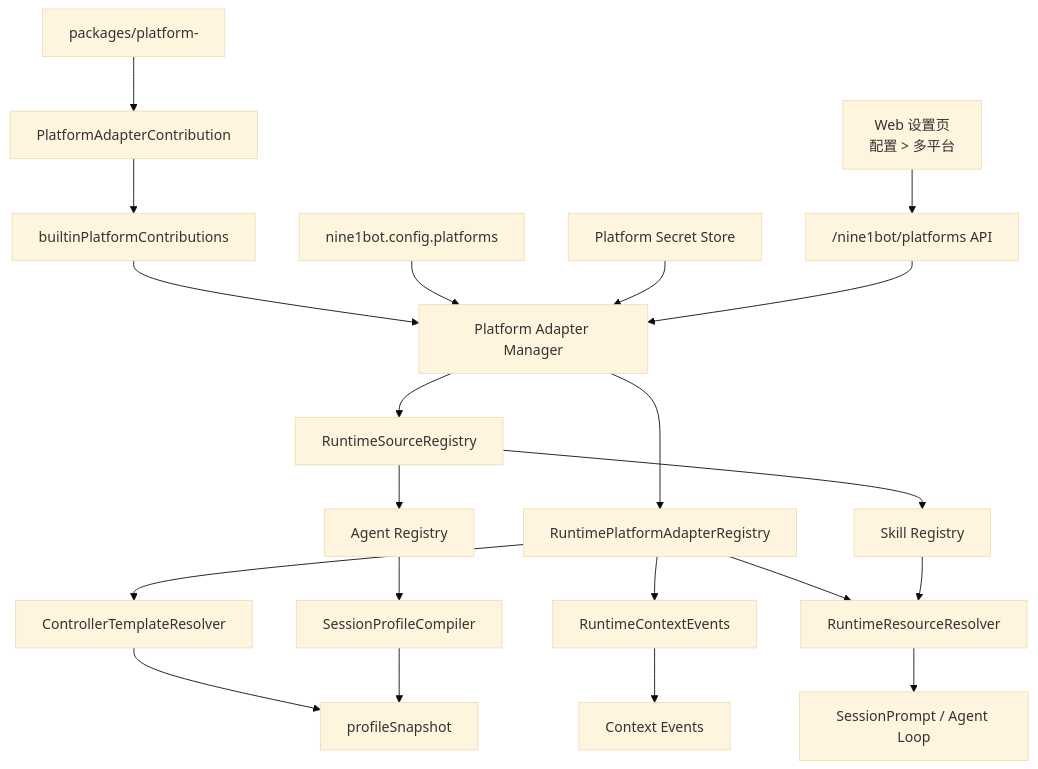
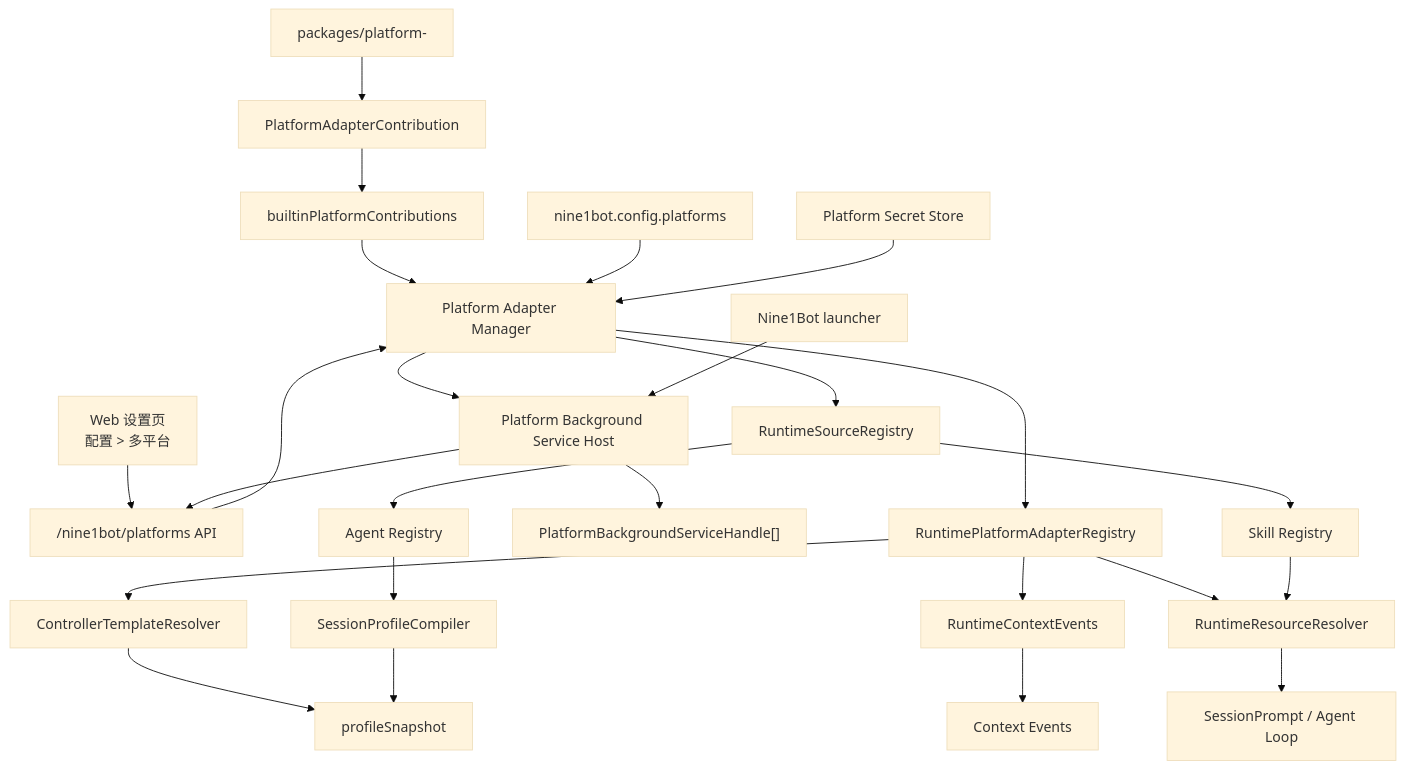
One commit to 1923213756/nine1bot changed the diagram in docs/agent-runtime-developer-guide/09-platform-adapter-development-guide.md. Above: the diagram before and after it, drawn with Mermaid (base theme). The commit also changed other lines of this file and 49 other files, not shown here.

````diff
--- a/docs/agent-runtime-developer-guide/09-platform-adapter-development-guide.md
+++ b/docs/agent-runtime-developer-guide/09-platform-adapter-development-guide.md
@@ -19,28 +20,32 @@
 ```mermaid
 flowchart TD
   PlatformPkg["packages/platform-<id>"] --> Contribution["PlatformAdapterContribution"]
   Contribution --> Builtin["builtinPlatformContributions"]
   Builtin --> Manager["Platform Adapter Manager"]
 
   Config["nine1bot.config.platforms"] --> Manager
   Secrets["Platform Secret Store"] --> Manager
   WebSettings["Web 设置页\n配置 > 多平台"] --> PlatformAPI["/nine1bot/platforms API"]
   PlatformAPI --> Manager
 
   Manager --> PlatformRegistry["RuntimePlatformAdapterRegistry"]
   Manager --> SourceRegistry["RuntimeSourceRegistry"]
+  Manager --> BackgroundHost["Platform Background Service Host"]
 
   PlatformRegistry --> TemplateResolver["ControllerTemplateResolver"]
   PlatformRegistry --> ContextEvents["RuntimeContextEvents"]
   PlatformRegistry --> ResourceResolver["RuntimeResourceResolver"]
+  BackgroundHost --> BackgroundHandles["PlatformBackgroundServiceHandle[]"]
+  Launcher["Nine1Bot launcher"] --> BackgroundHost
+  BackgroundHost --> PlatformAPI
 
   SourceRegistry --> AgentRegistry["Agent Registry"]
   SourceRegistry --> SkillRegistry["Skill Registry"]
   AgentRegistry --> ProfileCompiler["SessionProfileCompiler"]
   SkillRegistry --> ResourceResolver
 
   TemplateResolver --> Profile["profileSnapshot"]
   ProfileCompiler --> Profile
   ResourceResolver --> PromptLoop["SessionPrompt / Agent Loop"]
   ContextEvents --> History["Context Events"]
 ```
````
